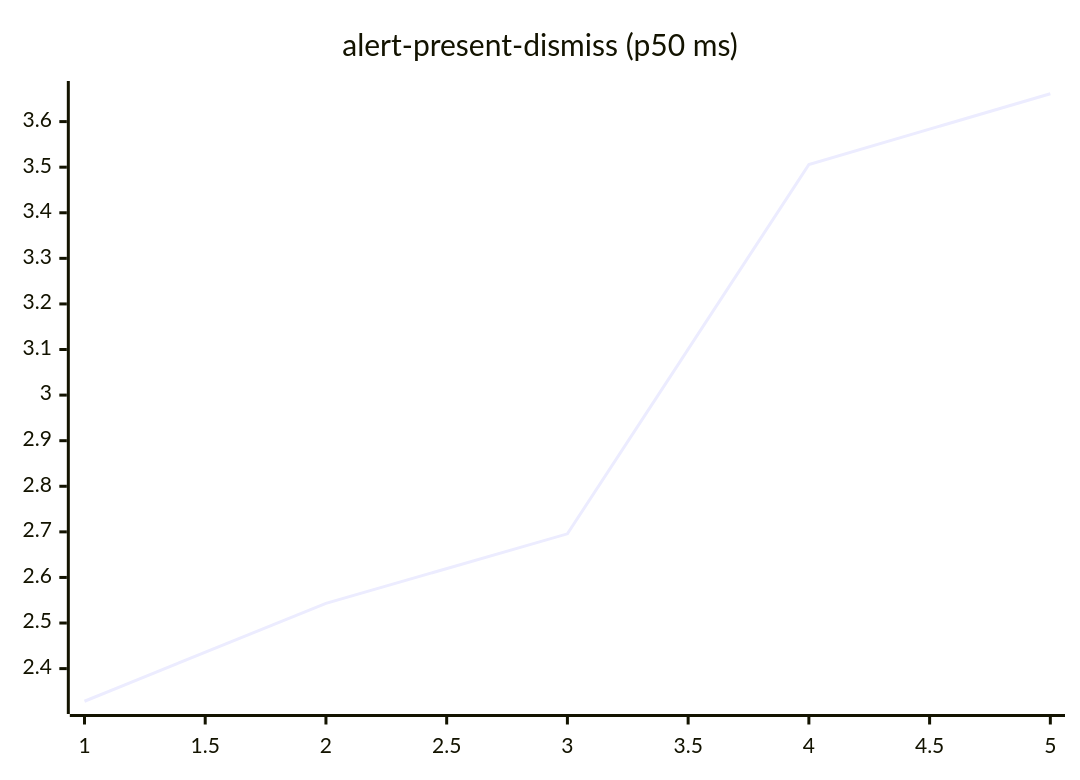
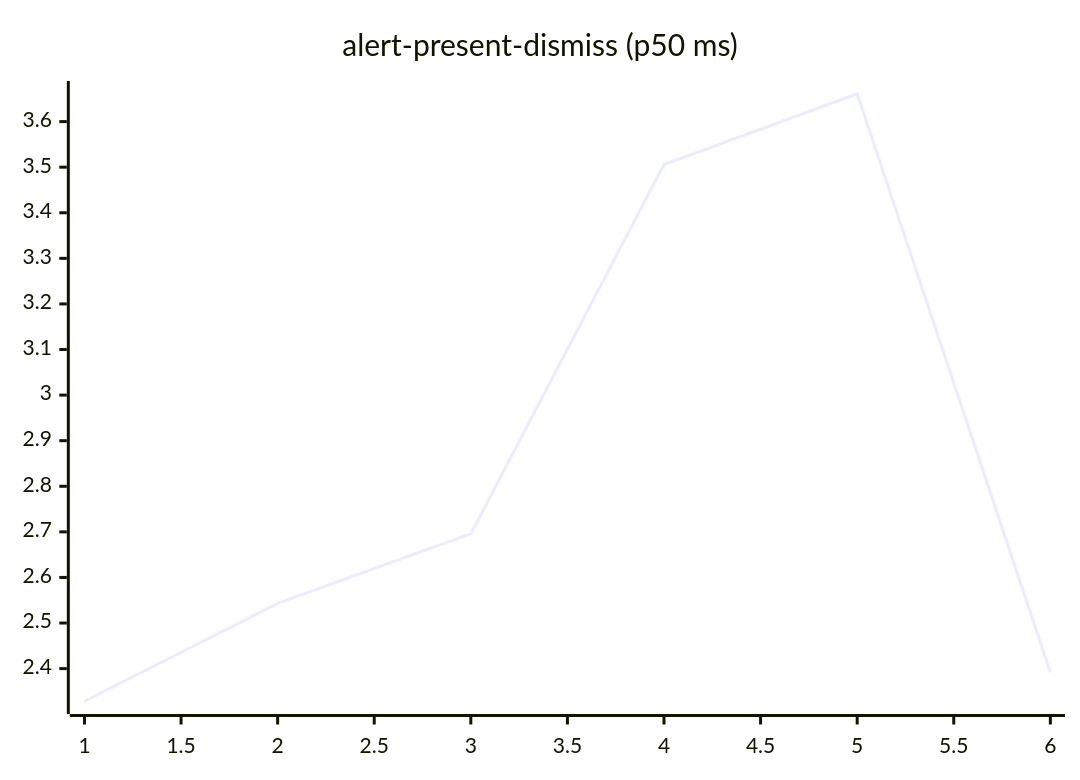
The second of 27 diagrams in README.md (josha/Facet), drawn with Mermaid before and after one commit. The commit also changed other lines of this file and 2 other files, not shown here.

````diff
--- a/README.md
+++ b/README.md
@@ -70,6 +70,6 @@
 ```mermaid
 xychart-beta
     title "alert-present-dismiss (p50 ms)"
-    x-axis 1 --> 5
-    line [2.3284, 2.5432, 2.6957, 3.5058, 3.6611]
+    x-axis 1 --> 6
+    line [2.3284, 2.5432, 2.6957, 3.5058, 3.6611, 2.3918]
 ```
````
